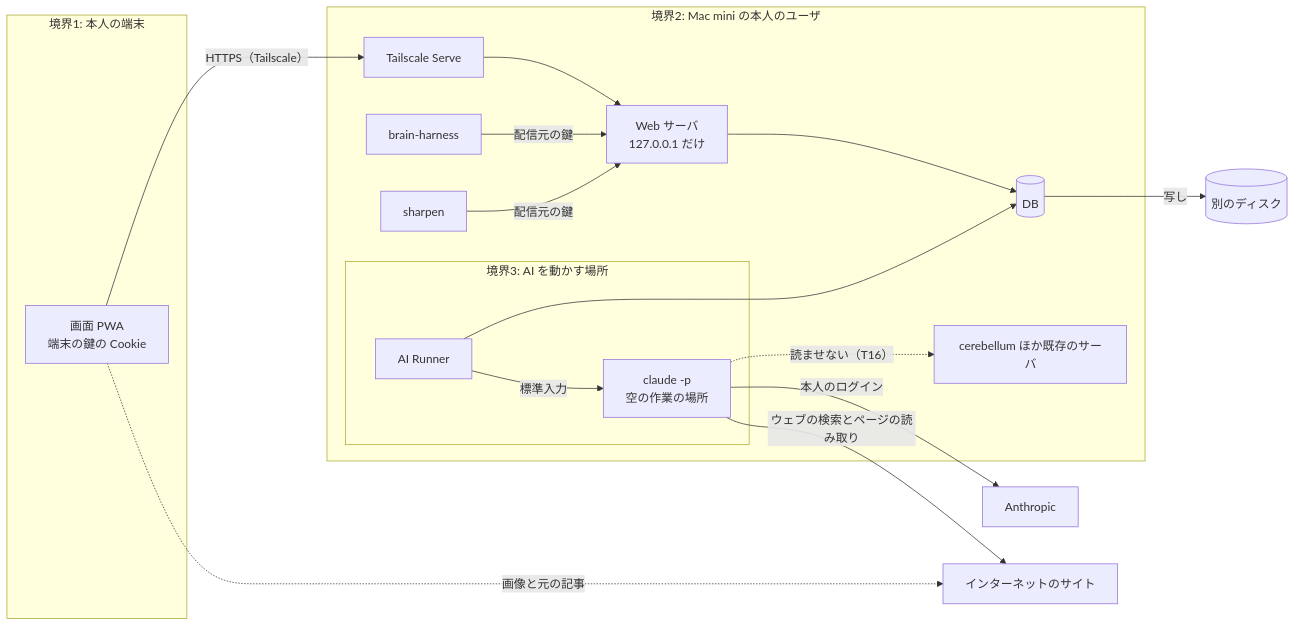
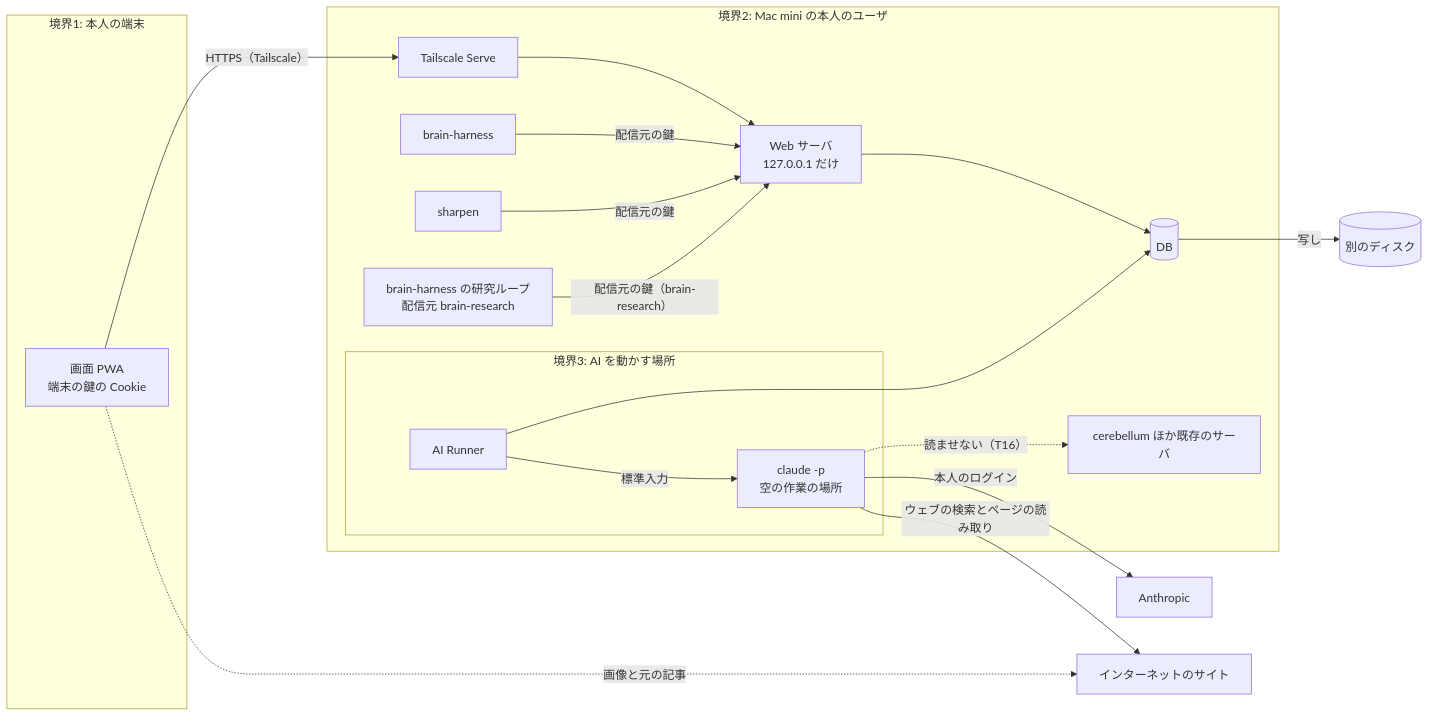
The diagram in docs/upstream/bd/BD-10-security-design.md (shota-urano/nexus), drawn with Mermaid before and after one commit. The commit also changed other lines of this file and 41 other files, not shown here.

````diff
--- a/docs/upstream/bd/BD-10-security-design.md
+++ b/docs/upstream/bd/BD-10-security-design.md
@@ -52,32 +53,34 @@
 ```mermaid
 flowchart LR
   subgraph B1[境界1: 本人の端末]
     DEV[画面 PWA<br/>端末の鍵の Cookie]
   end
   subgraph B2[境界2: Mac mini の本人のユーザ]
     TS[Tailscale Serve]
     WEB[Web サーバ<br/>127.0.0.1 だけ]
     DB[(DB)]
     subgraph B3[境界3: AI を動かす場所]
       RUN[AI Runner]
       CLI[claude -p<br/>空の作業の場所]
     end
     BH[brain-harness]
     SP[sharpen]
+    BR[brain-harness の研究ループ<br/>配信元 brain-research]
     OTHER[cerebellum ほか既存のサーバ]
   end
   EXT[(別のディスク)]
   ANT[Anthropic]
   WEBS[インターネットのサイト]
   DEV -- HTTPS（Tailscale） --> TS --> WEB
   BH -- 配信元の鍵 --> WEB
   SP -- 配信元の鍵 --> WEB
+  BR -- 配信元の鍵（brain-research） --> WEB
   WEB --> DB
   RUN --> DB
   RUN -- 標準入力 --> CLI
   CLI -- 本人のログイン --> ANT
   CLI -- ウェブの検索とページの読み取り --> WEBS
   CLI -. 読ませない（T16） .-> OTHER
   DB -- 写し --> EXT
   DEV -. 画像と元の記事 .-> WEBS
 ```
````
